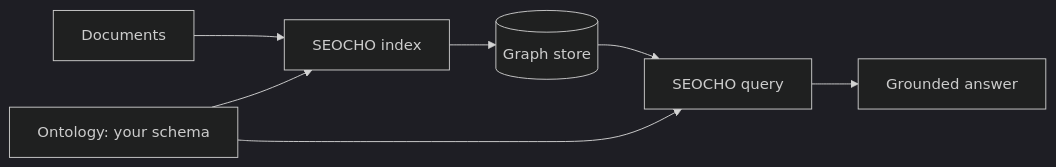
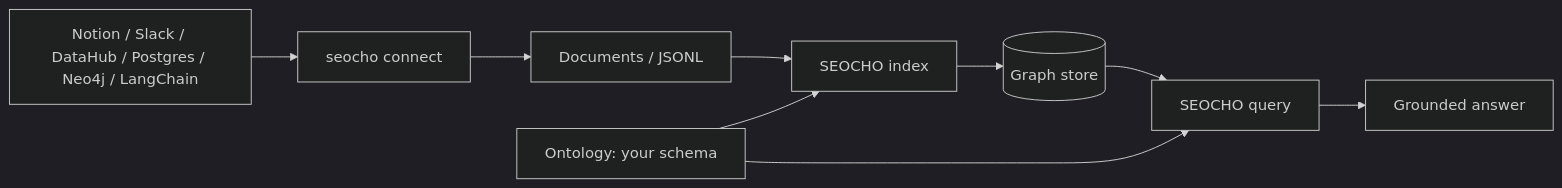
The diagram in README.md (tteon/seocho), drawn with Mermaid (dark theme) before and after one commit. The commit also changed other lines of this file and 23 other files, not shown here.

````diff
--- a/README.md
+++ b/README.md
@@ -27,9 +27,11 @@
 ```mermaid
 flowchart LR
-    D["Documents"] --> I["SEOCHO index"]
+    T["Notion / Slack / DataHub / Postgres / Neo4j / LangChain"] --> C["seocho connect"]
+    C --> D["Documents / JSONL"]
+    D --> I["SEOCHO index"]
     O["Ontology: your schema"] --> I
     O --> Q["SEOCHO query"]
     I --> G[("Graph store")]
     G --> Q
     Q --> A["Grounded answer"]
 ```
````
